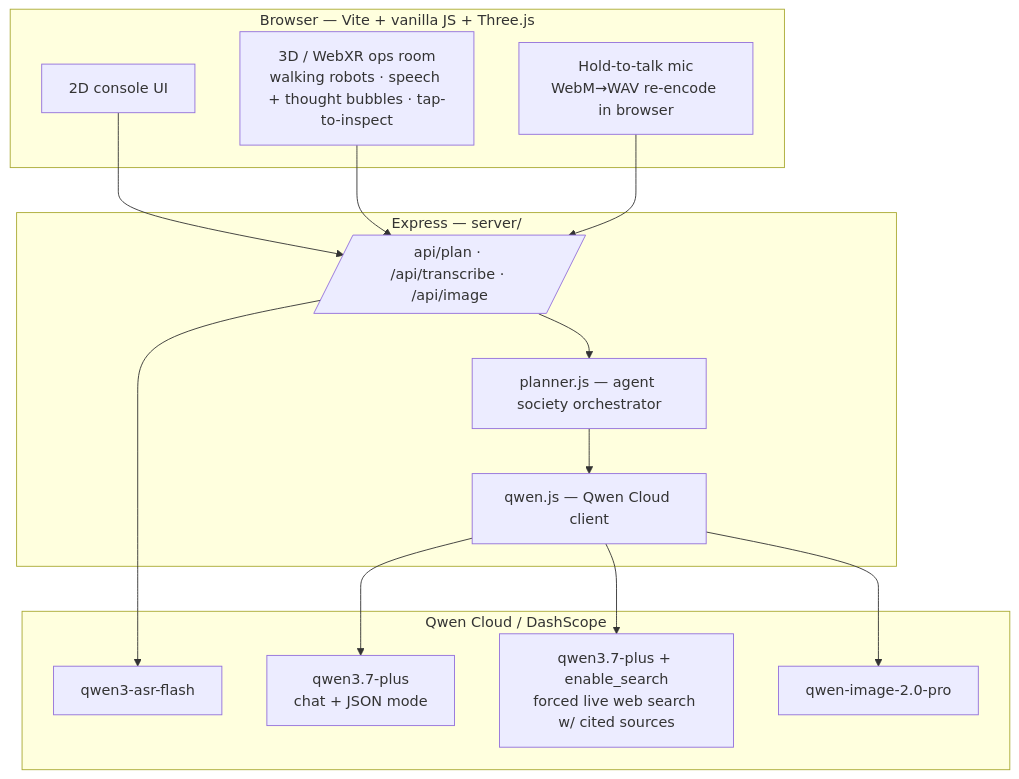
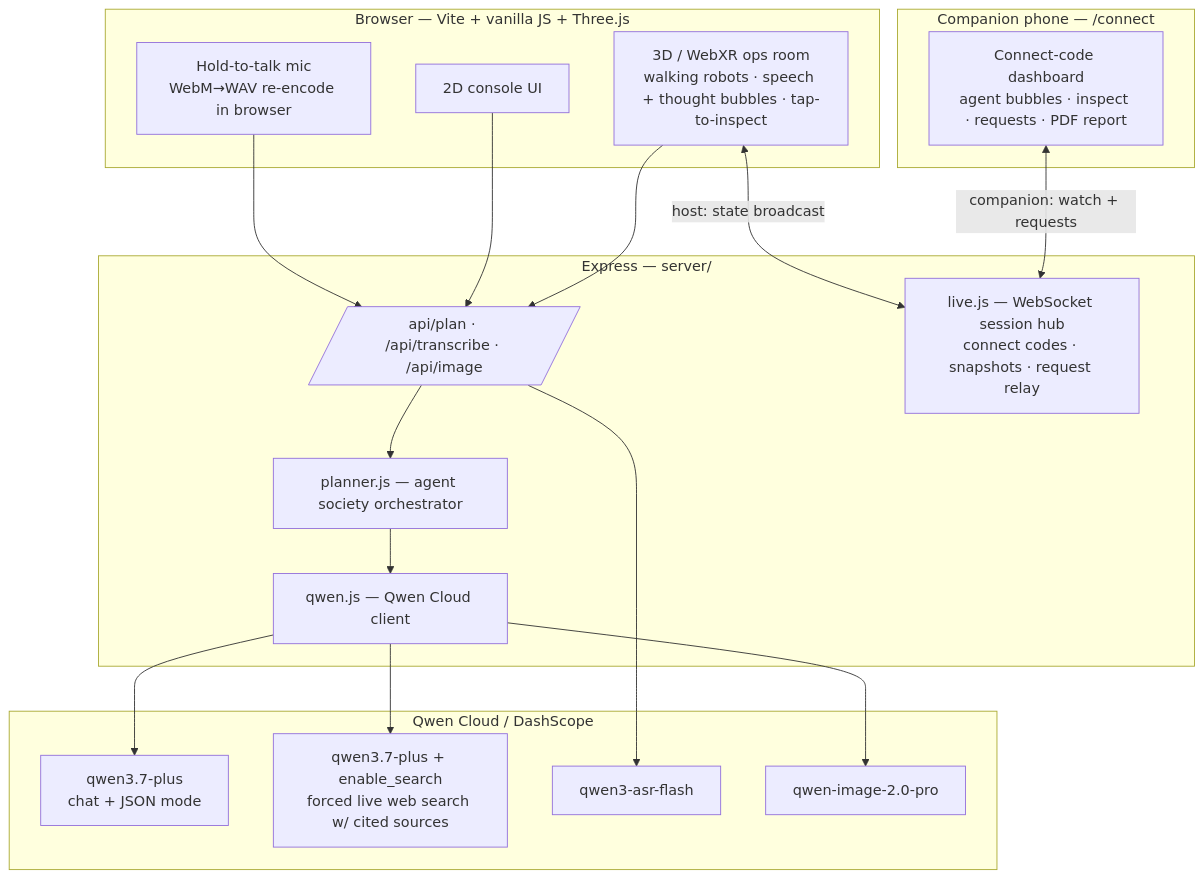
Before and after one commit to teawa-b/QwenHackathon-2: the first of 2 diagrams in docs/ARCHITECTURE.md, drawn with Mermaid. The commit also changed other lines of this file and 12 other files, not shown here.

````diff
--- a/docs/ARCHITECTURE.md
+++ b/docs/ARCHITECTURE.md
@@ -7,25 +7,32 @@
 ```mermaid
 flowchart TB
     subgraph Client [Browser — Vite + vanilla JS + Three.js]
         UI[2D console UI]
         XR[3D / WebXR ops room<br/>walking robots · speech + thought bubbles · tap-to-inspect]
         MIC[Hold-to-talk mic<br/>WebM→WAV re-encode in browser]
     end
 
+    subgraph Phone [Companion phone — /connect]
+        CC[Connect-code dashboard<br/>agent bubbles · inspect · requests · PDF report]
+    end
+
     subgraph Server [Express — server/]
         API[/api/plan · /api/transcribe · /api/image/]
+        WS[live.js — WebSocket session hub<br/>connect codes · snapshots · request relay]
         PL[planner.js — agent society orchestrator]
         QW[qwen.js — Qwen Cloud client]
     end
 
     subgraph Qwen [Qwen Cloud / DashScope]
         TXT[qwen3.7-plus<br/>chat + JSON mode]
         SRCH[qwen3.7-plus + enable_search<br/>forced live web search w/ cited sources]
         ASR[qwen3-asr-flash]
         IMG[qwen-image-2.0-pro]
     end
 
     MIC --> API --> ASR
     UI & XR --> API --> PL --> QW
     QW --> TXT & SRCH & IMG
+    XR <-->|host: state broadcast| WS
+    CC <-->|companion: watch + requests| WS
 ```
````
